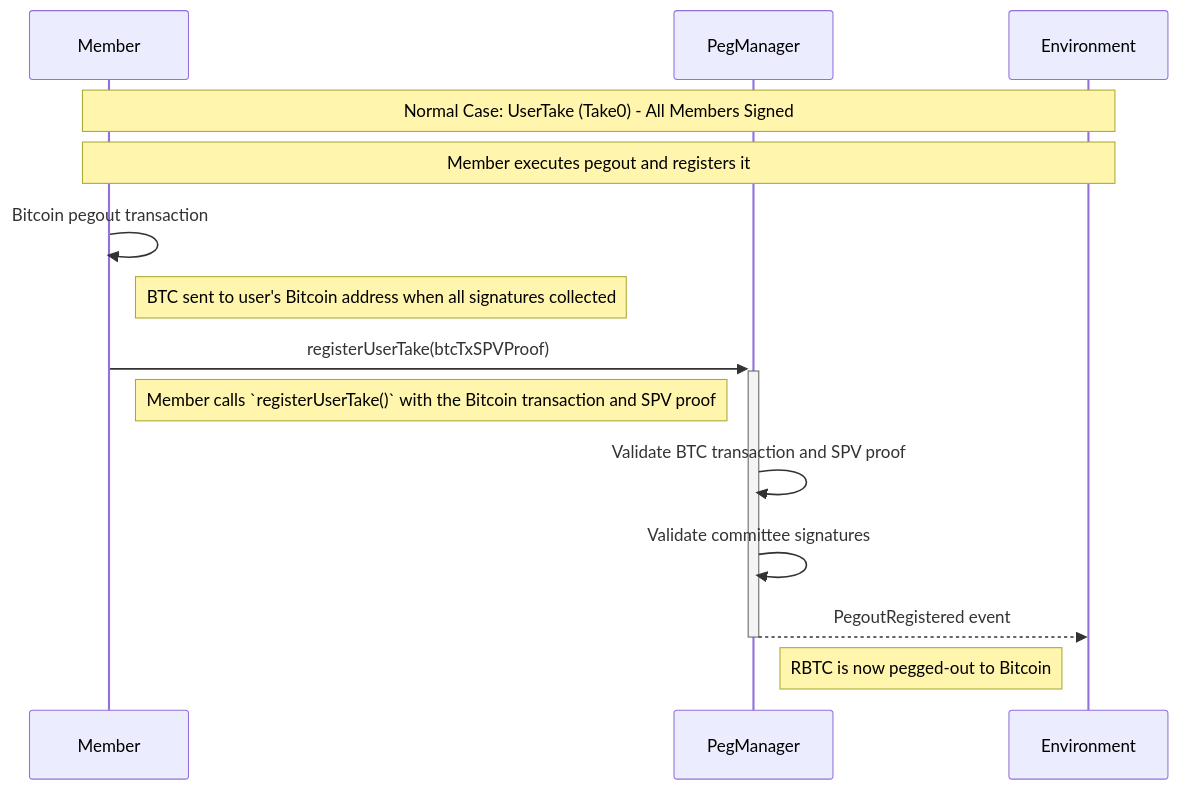
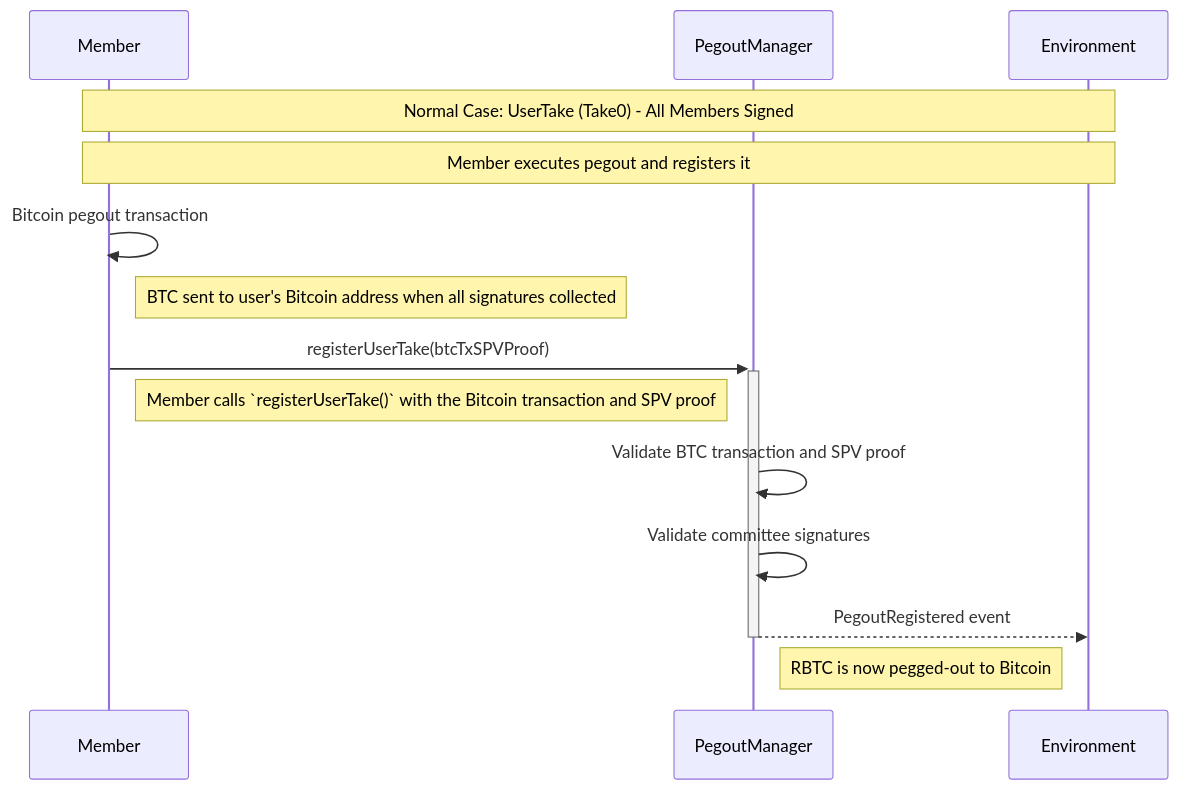
The tenth of 12 diagrams in README.md (rsksmart/union-bridge-contracts), drawn with Mermaid before and after one commit. The commit also changed other lines of this file, not shown here.

````diff
--- a/README.md
+++ b/README.md
@@ -486,19 +486,19 @@
 ```mermaid
 sequenceDiagram
     participant M as Member
-    participant PM as PegManager
+    participant POM as PegoutManager
     participant ENV as Environment
 
     Note over M,ENV: Normal Case: UserTake (Take0) - All Members Signed
     Note over M,ENV: Member executes pegout and registers it
 
     M->>M: Bitcoin pegout transaction
     Note right of M: BTC sent to user's Bitcoin address when all signatures collected
 
-    M->>+PM: registerUserTake(btcTxSPVProof)
+    M->>+POM: registerUserTake(btcTxSPVProof)
     Note right of M: Member calls `registerUserTake()` with the Bitcoin transaction and SPV proof
-    PM->>PM: Validate BTC transaction and SPV proof
-    PM->>PM: Validate committee signatures
-    PM-->>-ENV: PegoutRegistered event
-    Note right of PM: RBTC is now pegged-out to Bitcoin
+    POM->>POM: Validate BTC transaction and SPV proof
+    POM->>POM: Validate committee signatures
+    POM-->>-ENV: PegoutRegistered event
+    Note right of POM: RBTC is now pegged-out to Bitcoin
 ```
````
